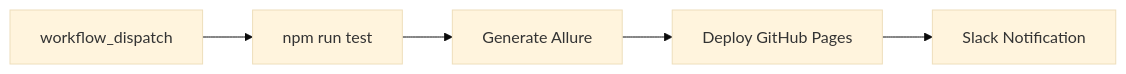
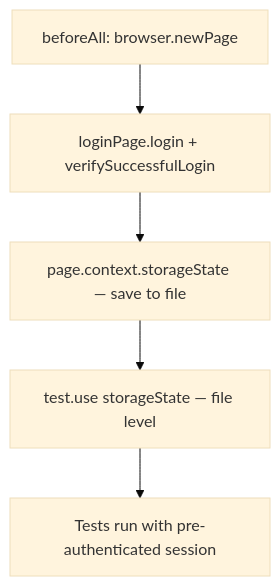
The seventh of 8 diagrams in .github/instructions/framework-design.instructions.md (therealqualityengineer/playwrightframework), drawn with Mermaid (base theme) before and after one commit. The commit also changed other lines of this file and 11 other files, not shown here.

````diff
--- a/.github/instructions/framework-design.instructions.md
+++ b/.github/instructions/framework-design.instructions.md
@@ -272,10 +151,10 @@
 ```mermaid
-flowchart LR
-    A[workflow_dispatch]
-    B[npm run test]
-    C[Generate Allure]
-    D[Deploy GitHub Pages]
-    E[Slack Notification]
+flowchart TD
+    A[beforeAll: browser.newPage]
+    B[loginPage.login + verifySuccessfulLogin]
+    C[page.context.storageState — save to file]
+    D[test.use storageState — file level]
+    E[Tests run with pre-authenticated session]
 
     A --> B --> C --> D --> E
 ```
````
